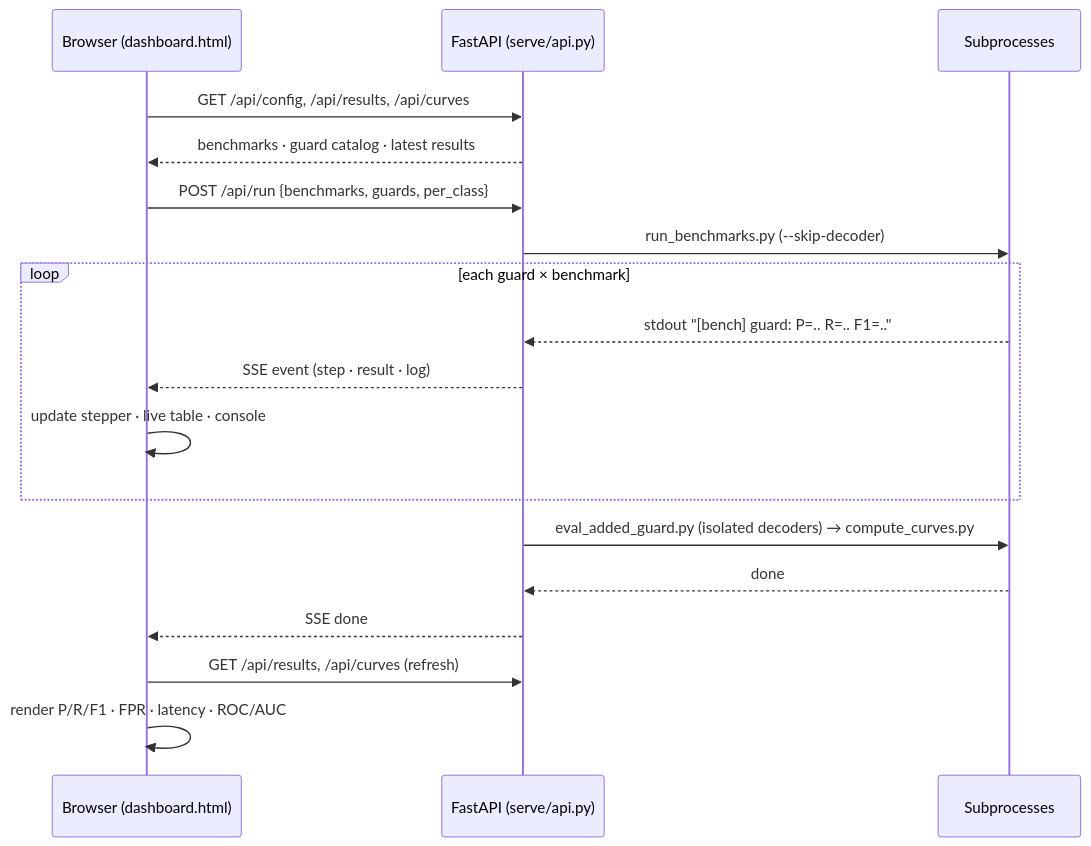
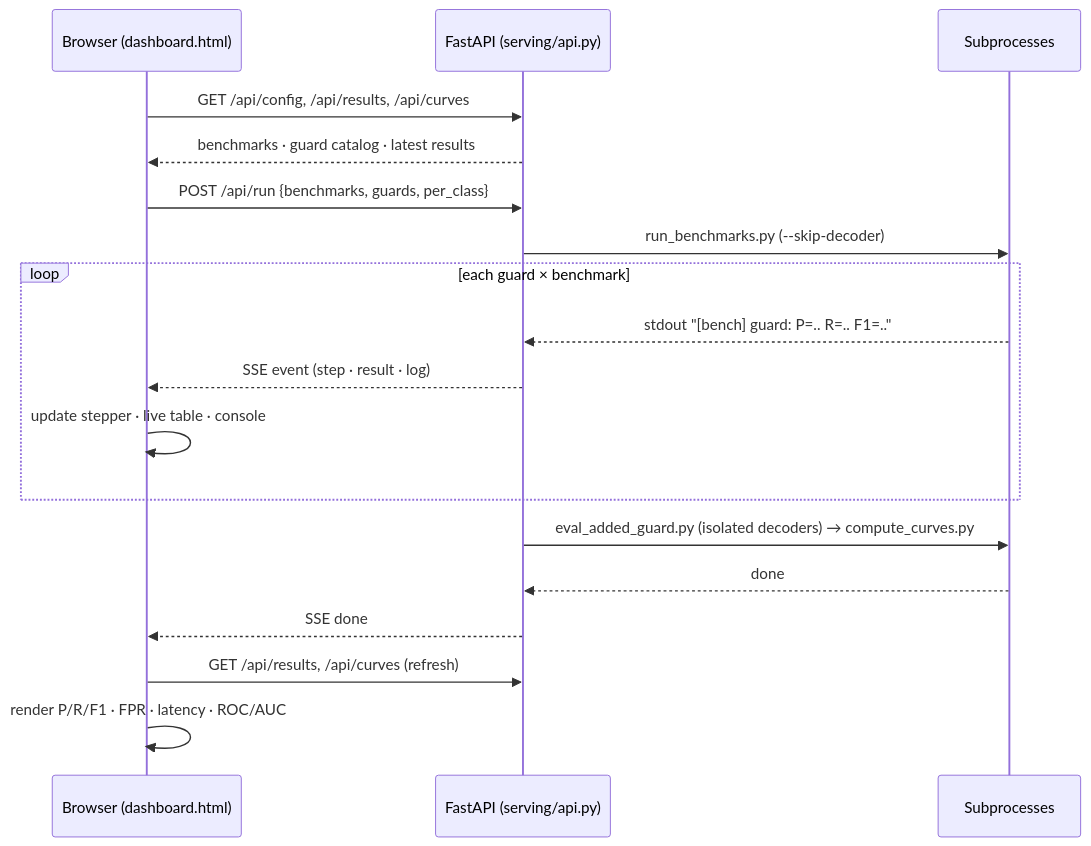
Before and after one commit to rrahimi-uci/guard-ranking-fragility: the tenth of 11 diagrams in docs/architecture.md, drawn with Mermaid. The commit also changed other lines of this file and 132 other files, not shown here.

````diff
--- a/docs/architecture.md
+++ b/docs/architecture.md
@@ -338,20 +354,20 @@
 ```mermaid
 sequenceDiagram
     participant B as Browser (dashboard.html)
-    participant API as FastAPI (serve/api.py)
+    participant API as FastAPI (serving/api.py)
     participant P as Subprocesses
     B->>API: GET /api/config, /api/results, /api/curves
     API-->>B: benchmarks · guard catalog · latest results
     B->>API: POST /api/run {benchmarks, guards, per_class}
     API->>P: run_benchmarks.py (--skip-decoder)
     loop each guard × benchmark
         P-->>API: stdout "[bench] guard: P=.. R=.. F1=.."
         API-->>B: SSE event (step · result · log)
         B->>B: update stepper · live table · console
     end
     API->>P: eval_added_guard.py (isolated decoders) → compute_curves.py
     P-->>API: done
     API-->>B: SSE done
     B->>API: GET /api/results, /api/curves (refresh)
     B->>B: render P/R/F1 · FPR · latency · ROC/AUC
 ```
````
